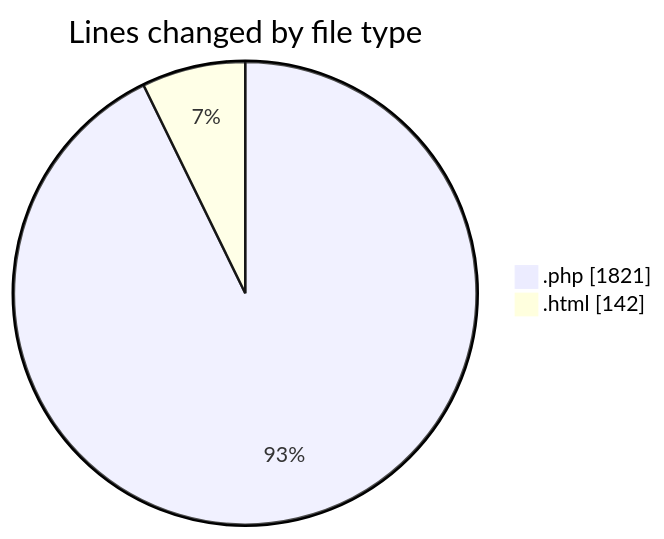
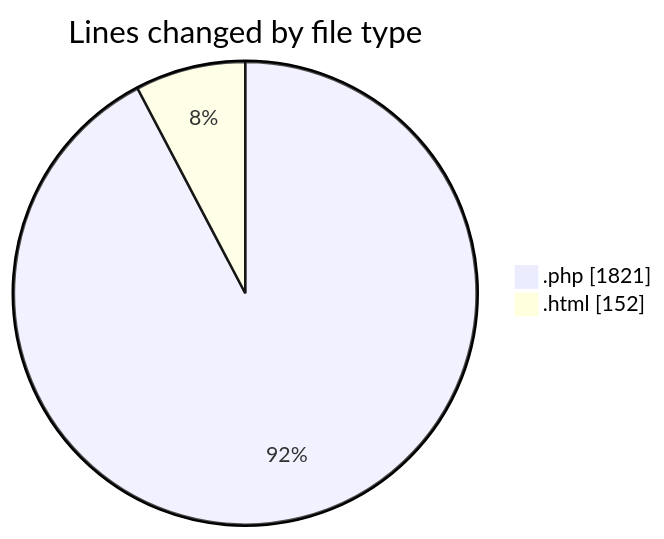
The first of 2 diagrams in 2025-02-13/checkout_v2/README.md (robertbonfada/code-tracking), drawn with Mermaid before and after one commit. The commit also changed other lines of this file and 1 other file, not shown here.

````diff
--- a/2025-02-13/checkout_v2/README.md
+++ b/2025-02-13/checkout_v2/README.md
@@ -24,6 +24,6 @@
 ```mermaid
 pie showData
 title Lines changed by file type
 ".php" : 1821
-".html" : 142
+".html" : 152
 ```
````
